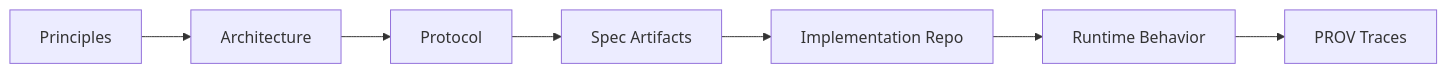
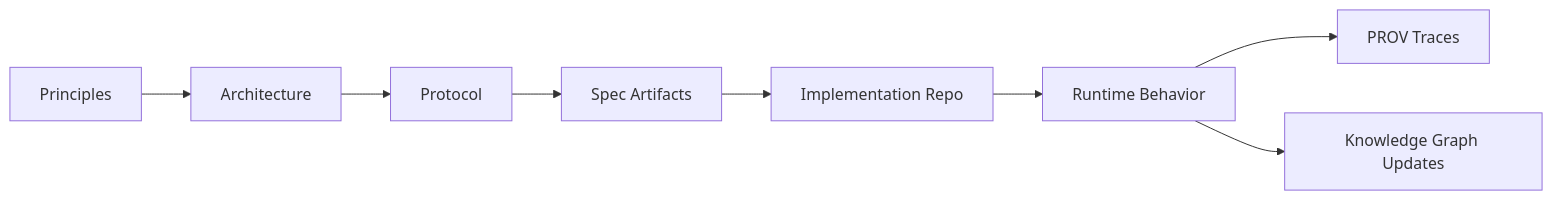
The diagram in OVERVIEW.md (markjspivey-xwisee/agent-context-graph-foundations), drawn with Mermaid before and after one commit. The commit also changed other lines of this file and 19 other files, not shown here.

Commit message:
Add knowledge graph and tool authoring foundations

````diff
--- a/OVERVIEW.md
+++ b/OVERVIEW.md
@@ -32,9 +34,10 @@
 ```mermaid
 flowchart LR
   P[Principles] --> A[Architecture]
   A --> PR[Protocol]
   PR --> S[Spec Artifacts]
   S --> I[Implementation Repo]
   I --> R[Runtime Behavior]
   R --> T[PROV Traces]
+  R --> KG[Knowledge Graph Updates]
 ```
````
